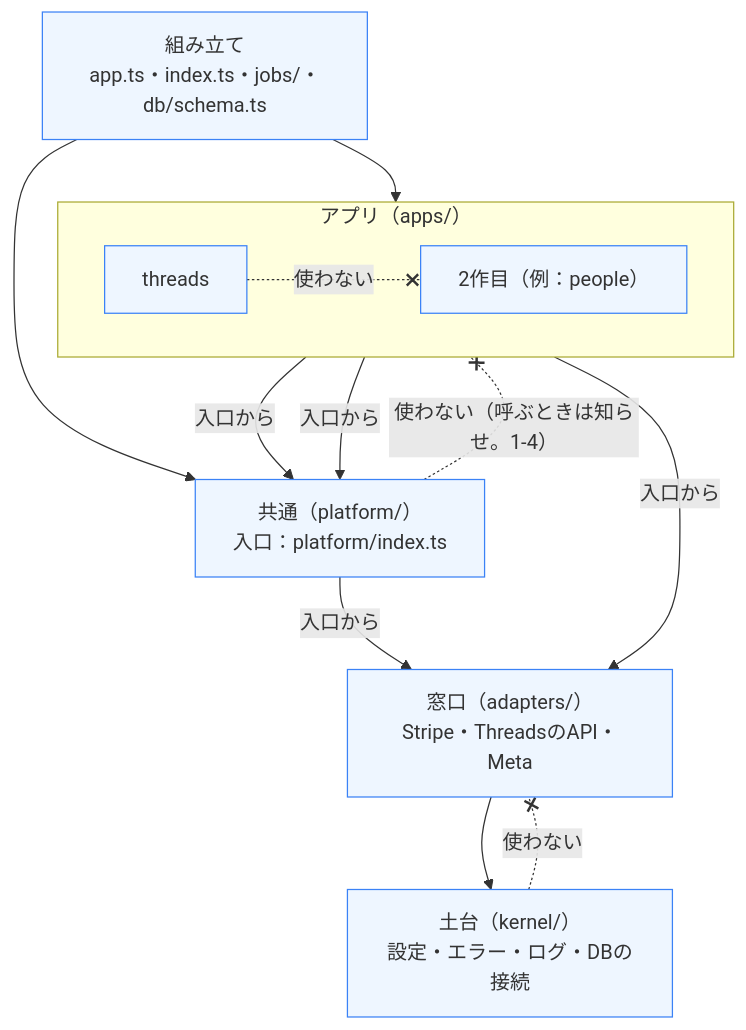
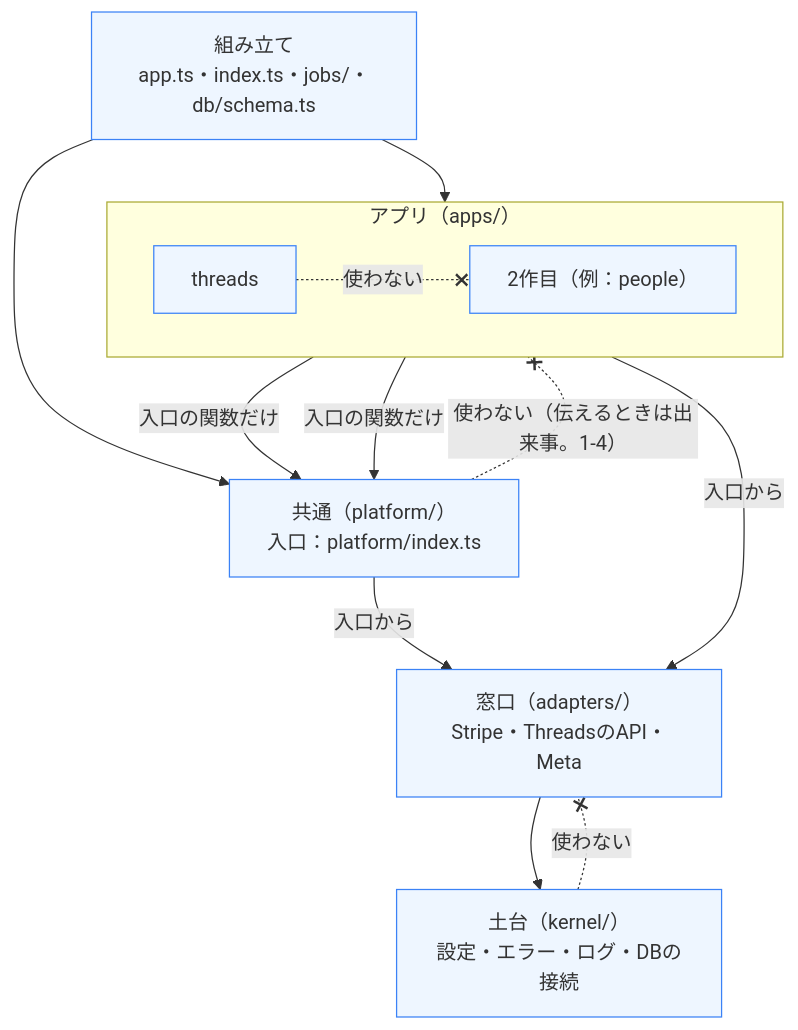
Before and after one commit to takumi-okuya-dev/meguru-app: the diagram in docs/module-map.md, drawn with Mermaid. The commit also changed other lines of this file and 7 other files, not shown here.

````diff
--- a/docs/module-map.md
+++ b/docs/module-map.md
@@ -23,26 +23,26 @@
 ```mermaid
 flowchart TB
   comp["組み立て<br/>app.ts・index.ts・jobs/・db/schema.ts"]
   subgraph apps["アプリ（apps/）"]
     direction LR
     th["threads"]
     mm["2作目（例：people）"]
   end
   pf["共通（platform/）<br/>入口：platform/index.ts"]
   ad["窓口（adapters/）<br/>Stripe・ThreadsのAPI・Meta"]
   kn["土台（kernel/）<br/>設定・エラー・ログ・DBの接続"]
 
   comp --> apps
   comp --> pf
-  th -- "入口から" --> pf
-  mm -- "入口から" --> pf
+  th -- "入口の関数だけ" --> pf
+  mm -- "入口の関数だけ" --> pf
   apps -- "入口から" --> ad
   pf -- "入口から" --> ad
   ad --> kn
   th -. "使わない" .-x mm
-  pf -. "使わない（呼ぶときは知らせ。1-4）" .-x apps
+  pf -. "使わない（伝えるときは出来事。1-4）" .-x apps
   kn -. "使わない" .-x ad
 
   classDef ok fill:#eef6ff,stroke:#3b82f6
   class comp,th,mm,pf,ad,kn ok
 ```
````
